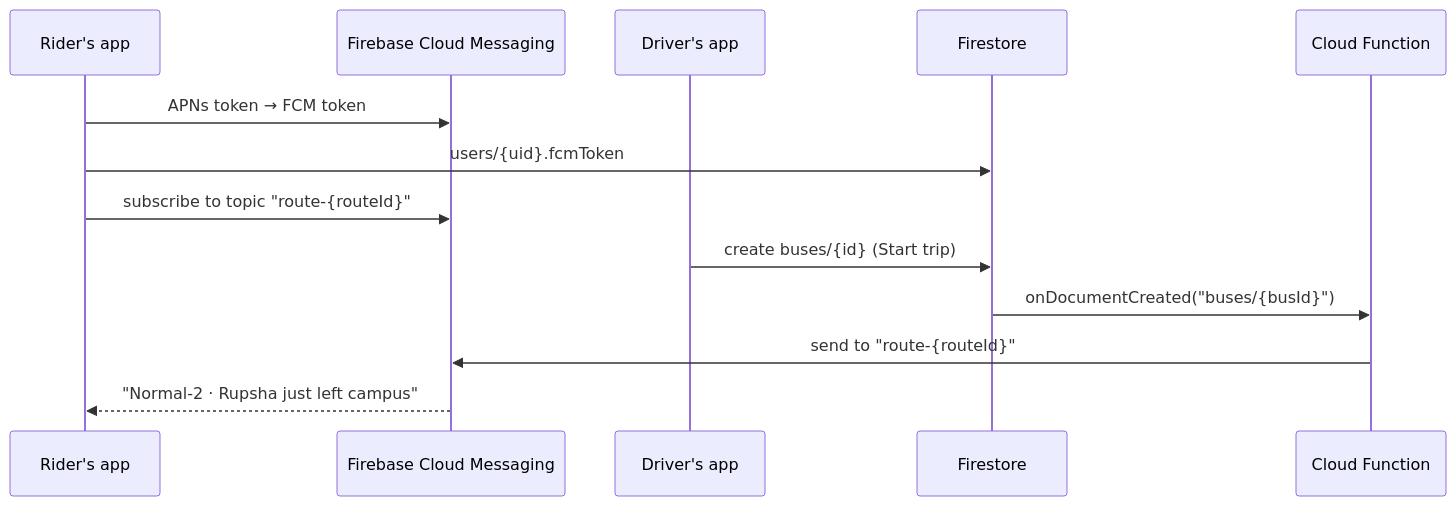
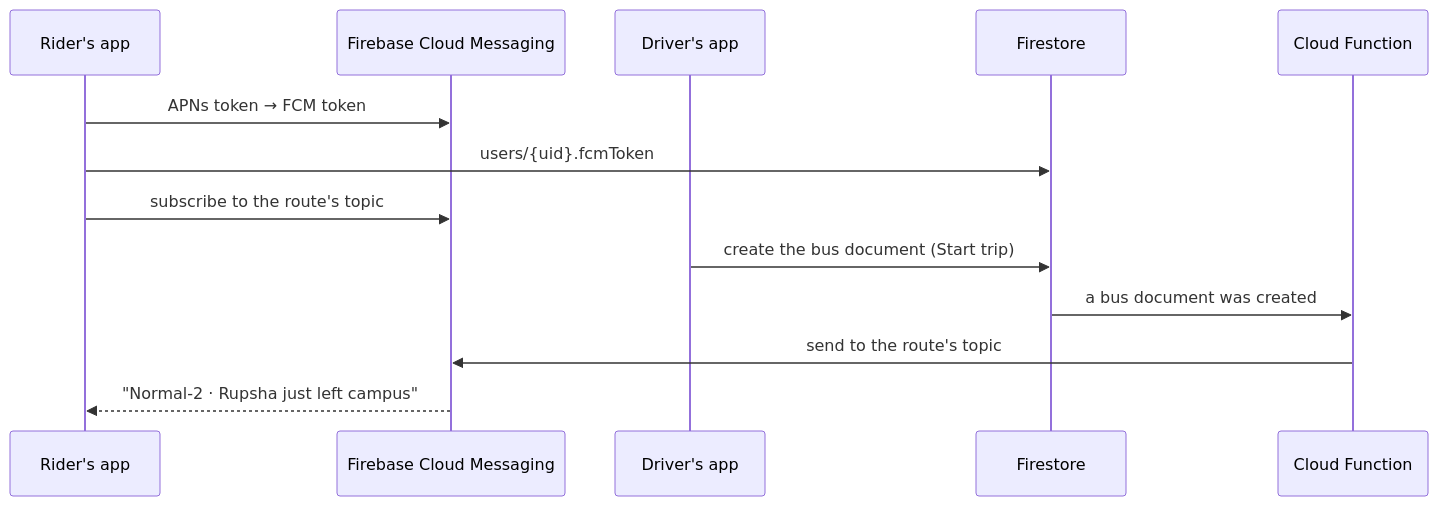
Before and after one commit to shadowfax-505/KUETBusLive: diagram 21 of 34 in README.md, drawn with Mermaid. The commit also changed other lines of this file and 2 other files, not shown here.

````diff
--- a/README.md
+++ b/README.md
@@ -921,15 +923,15 @@
 ```mermaid
 sequenceDiagram
     participant R as Rider's app
     participant FCM as Firebase Cloud Messaging
     participant D as Driver's app
     participant FS as Firestore
     participant CF as Cloud Function
     R->>FCM: APNs token → FCM token
     R->>FS: users/{uid}.fcmToken
-    R->>FCM: subscribe to topic "route-{routeId}"
-    D->>FS: create buses/{id} (Start trip)
-    FS->>CF: onDocumentCreated("buses/{busId}")
-    CF->>FCM: send to "route-{routeId}"
+    R->>FCM: subscribe to the route's topic
+    D->>FS: create the bus document (Start trip)
+    FS->>CF: a bus document was created
+    CF->>FCM: send to the route's topic
     FCM-->>R: "Normal-2 · Rupsha just left campus"
 ```
````
